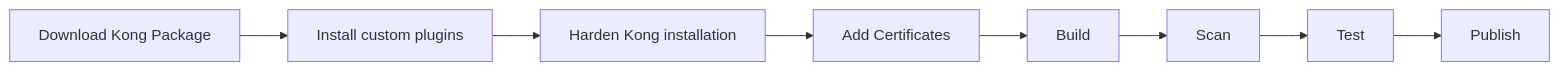
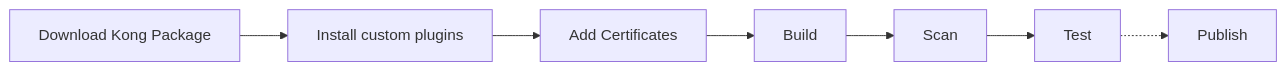
One commit to pantsel/konnect-platform-ops-demo changed the first of 3 diagrams in README.md. Above: the diagram before and after it, drawn with Mermaid.

````diff
--- a/README.md
+++ b/README.md
@@ -53,10 +53,9 @@
 ```mermaid
 graph LR;
     A[Download Kong Package] --> B[Install custom plugins];
-    B --> C[Harden Kong installation];
-    C --> D[Add Certificates];
-    D --> E[Build];
-    E --> F[Scan];
-    F --> G[Test];
-    G --> H[Publish];
+    B --> C[Add Certificates];
+    C --> D[Build];
+    D --> E[Scan];
+    E --> F[Test];
+    F -.-> G[Publish];
 ```
````
